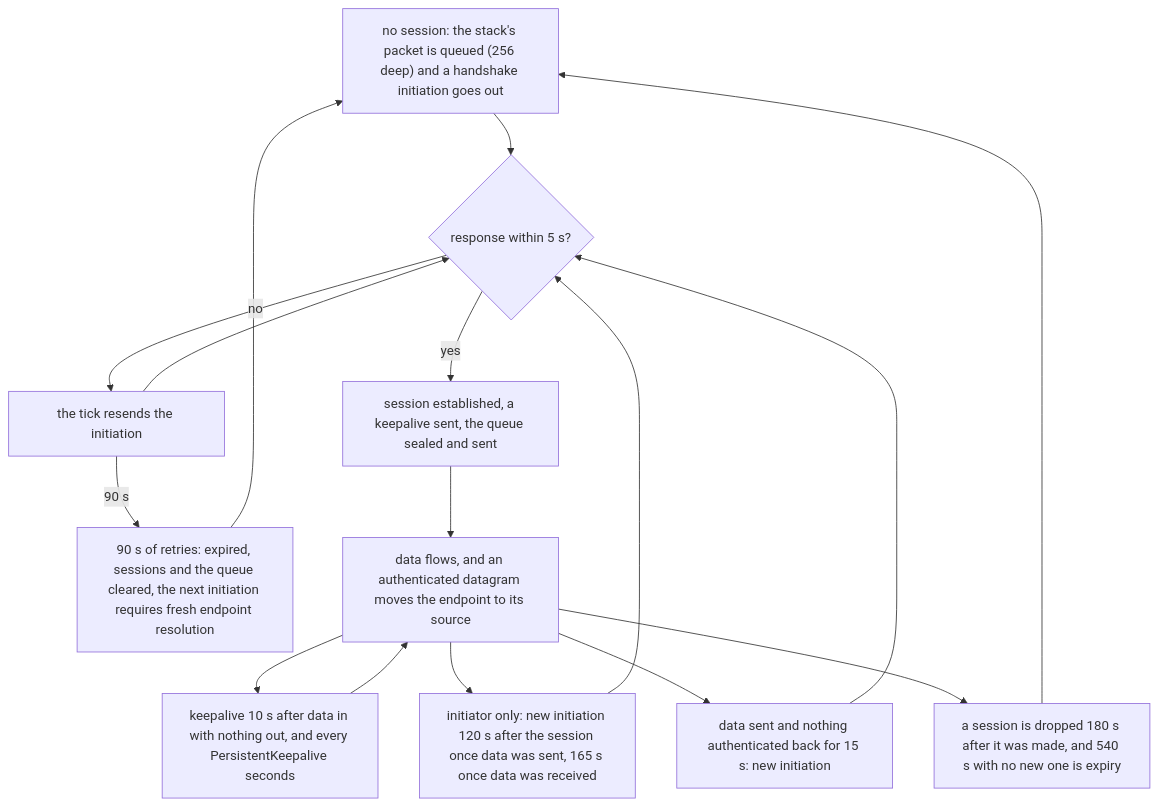
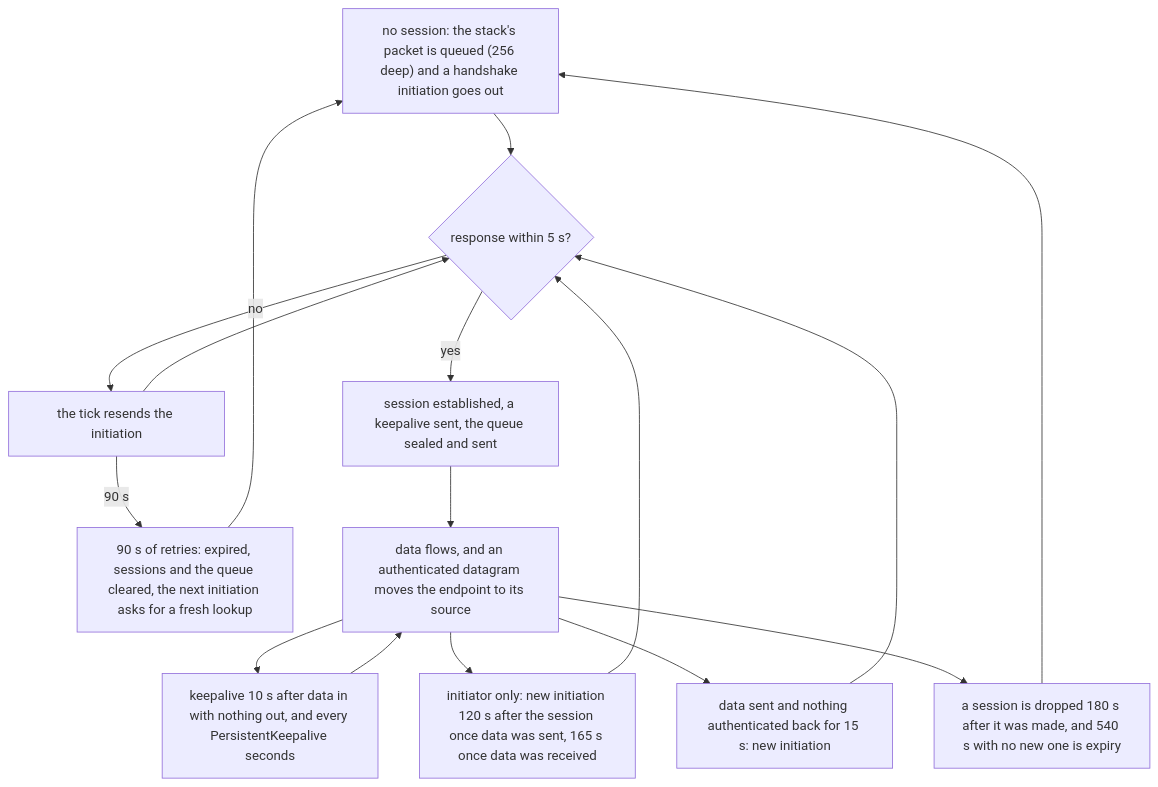
Before and after one commit to fiorix/chan: the second of 2 diagrams in crates/chan-wireguard/design.md, drawn with Mermaid. The commit also changed other lines of this file and 4 other files, not shown here.

````diff
--- a/crates/chan-wireguard/design.md
+++ b/crates/chan-wireguard/design.md
@@ -41,21 +41,21 @@
 ```mermaid
 flowchart TD
     Idle["no session: the stack's packet is queued (256 deep) and a handshake initiation goes out"]
     Wait{"response within 5 s?"}
     Retry["the tick resends the initiation"]
-    Expired["90 s of retries: expired, sessions and the queue cleared, the next initiation requires fresh endpoint resolution"]
+    Expired["90 s of retries: expired, sessions and the queue cleared, the next initiation asks for a fresh lookup"]
     Est["session established, a keepalive sent, the queue sealed and sent"]
     Data["data flows, and an authenticated datagram moves the endpoint to its source"]
     Rekey["initiator only: new initiation 120 s after the session once data was sent, 165 s once data was received"]
     Lost["data sent and nothing authenticated back for 15 s: new initiation"]
     Keep["keepalive 10 s after data in with nothing out, and every PersistentKeepalive seconds"]
     Reject["a session is dropped 180 s after it was made, and 540 s with no new one is expiry"]
     Idle --> Wait
     Wait -->|"no"| Retry --> Wait
     Retry -->|"90 s"| Expired --> Idle
     Wait -->|"yes"| Est --> Data
     Data --> Keep --> Data
     Data --> Rekey --> Wait
     Data --> Lost --> Wait
     Data --> Reject --> Idle
 ```
````
